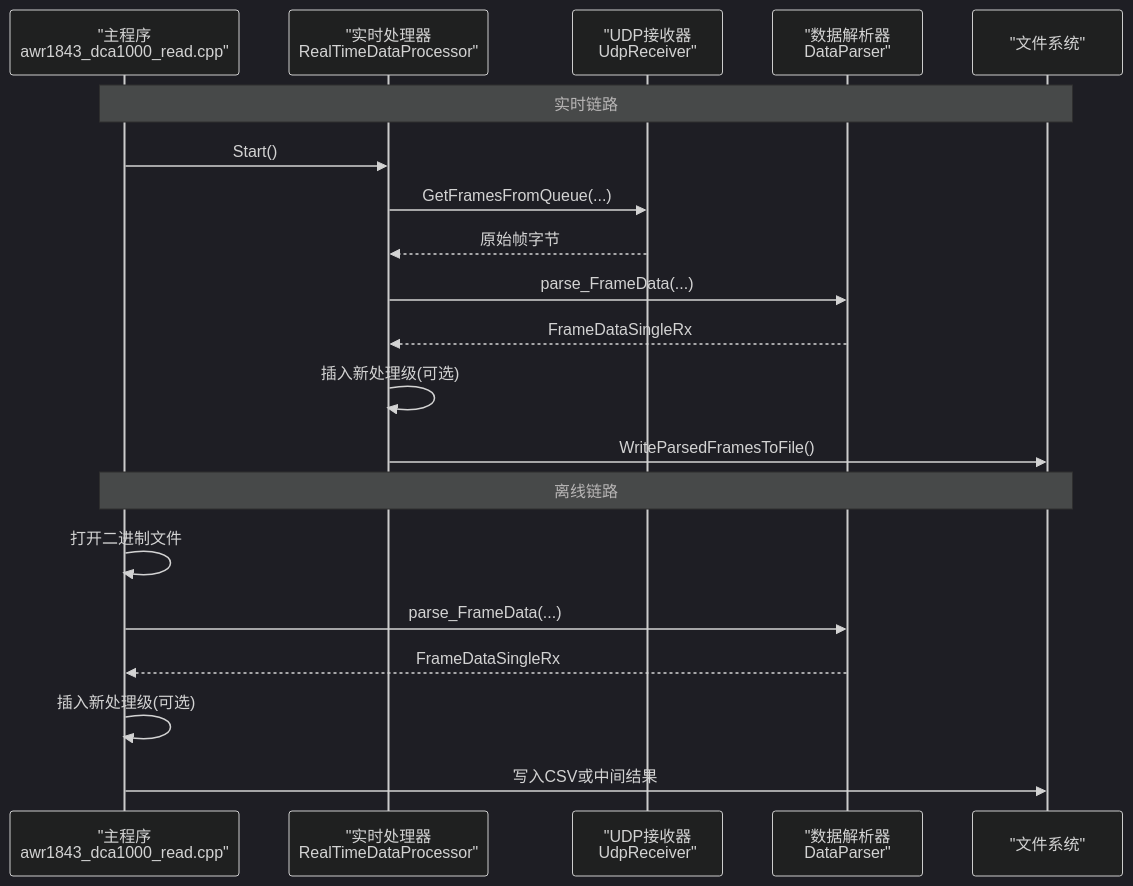
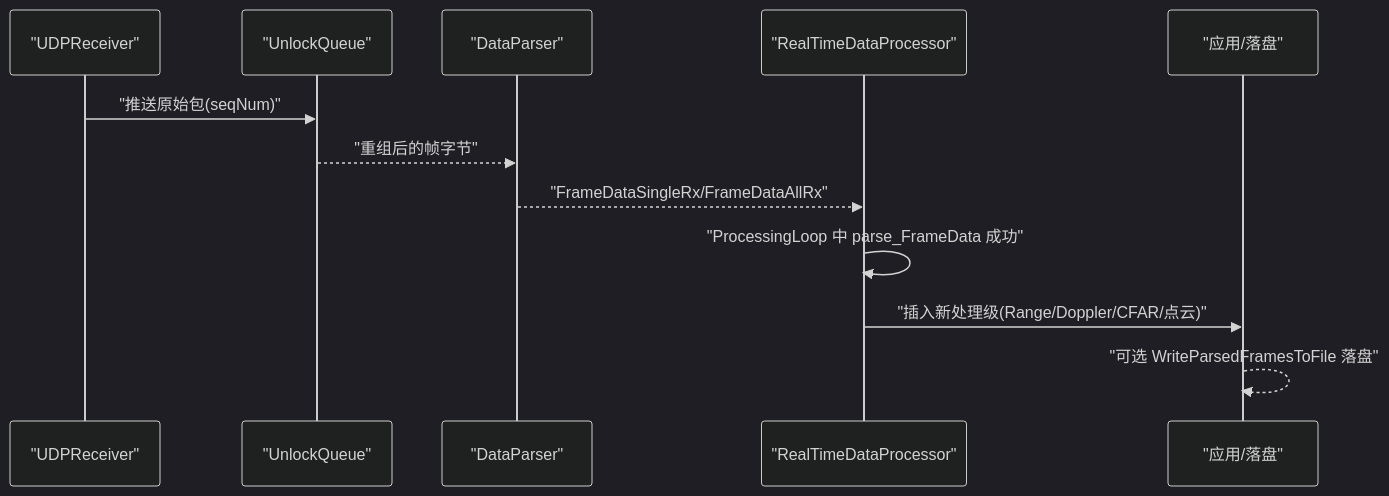
Before and after one commit to Lukad77/awr1843-radar-toolkit: the second of 5 diagrams in .qoder/repowiki/zh/content/数据处理流程扩展开发指南.md, drawn with Mermaid (dark theme). The commit also changed other lines of this file and 106 other files, not shown here.

````diff
--- a/.qoder/repowiki/zh/content/数据处理流程扩展开发指南.md
+++ b/.qoder/repowiki/zh/content/数据处理流程扩展开发指南.md
@@ -109,22 +96,14 @@
 ```mermaid
 sequenceDiagram
-participant Main as "主程序<br/>awr1843_dca1000_read.cpp"
-participant RT as "实时处理器<br/>RealTimeDataProcessor"
-participant RX as "UDP接收器<br/>UdpReceiver"
-participant DP as "数据解析器<br/>DataParser"
-participant FS as "文件系统"
-Note over Main,FS : 实时链路
-Main->>RT : Start()
-RT->>RX : GetFramesFromQueue(...)
-RX-->>RT : 原始帧字节
-RT->>DP : parse_FrameData(...)
-DP-->>RT : FrameDataSingleRx
-RT->>RT : 插入新处理级(可选)
-RT->>FS : WriteParsedFramesToFile()
-Note over Main,FS : 离线链路
-Main->>Main : 打开二进制文件
-Main->>DP : parse_FrameData(...)
-DP-->>Main : FrameDataSingleRx
-Main->>Main : 插入新处理级(可选)
-Main->>FS : 写入CSV或中间结果
+participant Net as "UDPReceiver"
+participant Q as "UnlockQueue"
+participant P as "DataParser"
+participant RT as "RealTimeDataProcessor"
+participant App as "应用/落盘"
+Net->>Q : "推送原始包(seqNum)"
+Q-->>P : "重组后的帧字节"
+P-->>RT : "FrameDataSingleRx/FrameDataAllRx"
+RT->>RT : "ProcessingLoop 中 parse_FrameData 成功"
+RT->>App : "插入新处理级(Range/Doppler/CFAR/点云)"
+App-->>App : "可选 WriteParsedFramesToFile 落盘"
 ```
````
